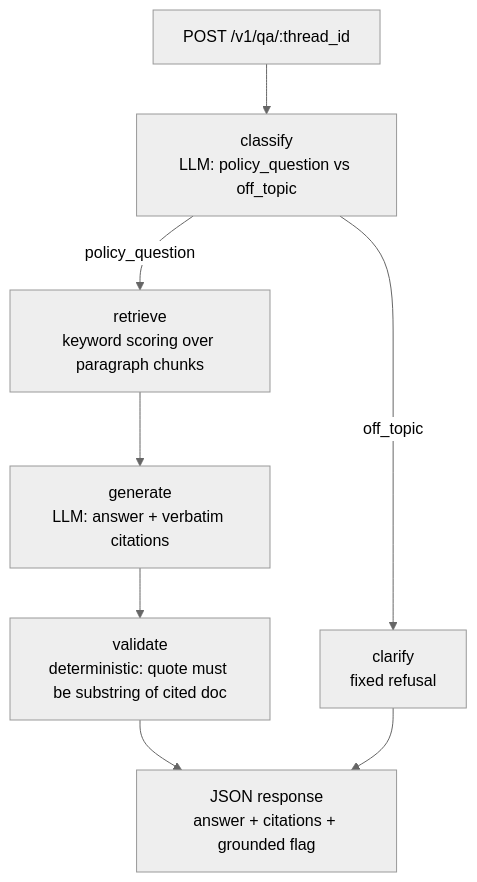
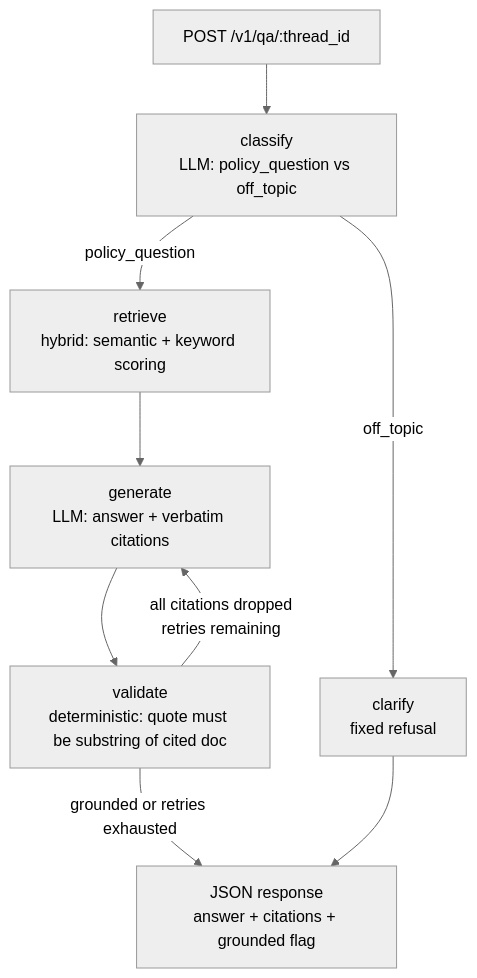
The diagram in README.md (dhananjay8/langgraph-policy-qa-poc), drawn with Mermaid (neutral theme) before and after one commit. The commit also changed other lines of this file and 11 other files, not shown here.

````diff
--- a/README.md
+++ b/README.md
@@ -10,10 +10,11 @@
 ```mermaid
 graph TD
     A[POST /v1/qa/:thread_id] --> B[classify<br/>LLM: policy_question vs off_topic]
-    B -->|policy_question| C[retrieve<br/>keyword scoring over paragraph chunks]
+    B -->|policy_question| C[retrieve<br/>hybrid: semantic + keyword scoring]
     B -->|off_topic| D[clarify<br/>fixed refusal]
     C --> E[generate<br/>LLM: answer + verbatim citations]
     E --> F[validate<br/>deterministic: quote must be substring of cited doc]
-    F --> G[JSON response<br/>answer + citations + grounded flag]
+    F -->|all citations dropped<br/>retries remaining| E
+    F -->|grounded or retries exhausted| G[JSON response<br/>answer + citations + grounded flag]
     D --> G
 ```
````
